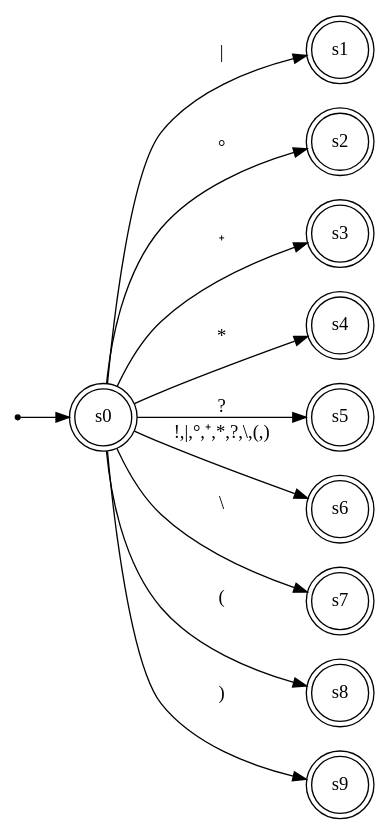
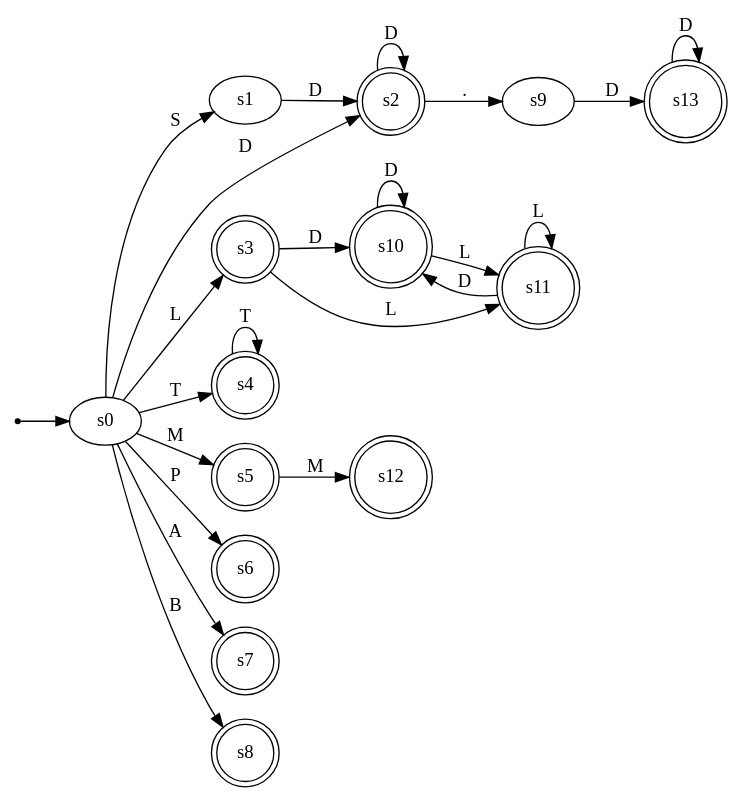
The diagram in Digraph.gv (LaloValle/AnalizadorLex), drawn with Graphviz before and after one commit. The commit also changed 14 other files, not shown here.

```diff
--- a/Digraph.gv
+++ b/Digraph.gv
@@ -1,24 +1,40 @@
 digraph {
 	graph [rankdir=LR]
 	ini [shape=point]
-	s0 [shape=doublecircle]
+	s0
 	ini -> s0
-	s1 [shape=doublecircle]
+	s1
 	s2 [shape=doublecircle]
 	s3 [shape=doublecircle]
 	s4 [shape=doublecircle]
 	s5 [shape=doublecircle]
 	s6 [shape=doublecircle]
 	s7 [shape=doublecircle]
 	s8 [shape=doublecircle]
-	s9 [shape=doublecircle]
-	s0 -> s1 [label="\|"]
-	s0 -> s2 [label="°"]
-	s0 -> s3 [label="⁺"]
-	s0 -> s4 [label="*"]
-	s0 -> s5 [label="?"]
-	s0 -> s6 [label="!,\|,°,⁺,*,?,\\,(,)"]
-	s0 -> s7 [label="\\"]
-	s0 -> s8 [label="("]
-	s0 -> s9 [label=")"]
+	s9
+	s10 [shape=doublecircle]
+	s11 [shape=doublecircle]
+	s12 [shape=doublecircle]
+	s13 [shape=doublecircle]
+	s0 -> s1 [label=S]
+	s0 -> s2 [label=D]
+	s0 -> s3 [label=L]
+	s0 -> s4 [label=T]
+	s0 -> s5 [label=M]
+	s0 -> s6 [label=P]
+	s0 -> s7 [label=A]
+	s0 -> s8 [label=B]
+	s1 -> s2 [label=D]
+	s2 -> s2 [label=D]
+	s2 -> s9 [label="."]
+	s3 -> s10 [label=D]
+	s3 -> s11 [label=L]
+	s4 -> s4 [label=T]
+	s5 -> s12 [label=M]
+	s9 -> s13 [label=D]
+	s10 -> s10 [label=D]
+	s10 -> s11 [label=L]
+	s11 -> s10 [label=D]
+	s11 -> s11 [label=L]
+	s13 -> s13 [label=D]
 }
```
